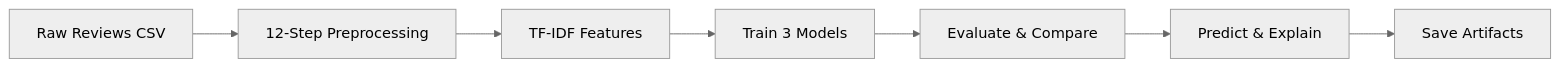
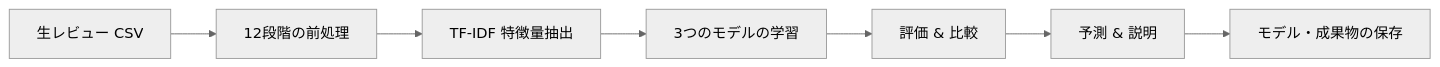
Before and after one commit to git4rajmohan/AI_Projects: the diagram in 05-NLP-Machine-Learning/Sentiment-Analysis/README.ja.md, drawn with Mermaid (neutral theme). The commit also changed other lines of this file, not shown here.

````diff
--- a/05-NLP-Machine-Learning/Sentiment-Analysis/README.ja.md
+++ b/05-NLP-Machine-Learning/Sentiment-Analysis/README.ja.md
@@ -29,9 +33,9 @@
 ```mermaid
 flowchart LR
-    A[Raw Reviews CSV] --> B[12-Step Preprocessing]
-    B --> C[TF-IDF Features]
-    C --> D[Train 3 Models]
-    D --> E[Evaluate & Compare]
-    E --> F[Predict & Explain]
-    F --> G[Save Artifacts]
+    A[生レビュー CSV] --> B[12段階の前処理]
+    B --> C[TF-IDF 特徴量抽出]
+    C --> D[3つのモデルの学習]
+    D --> E[評価 & 比較]
+    E --> F[予測 & 説明]
+    F --> G[モデル・成果物の保存]
 ```
````
